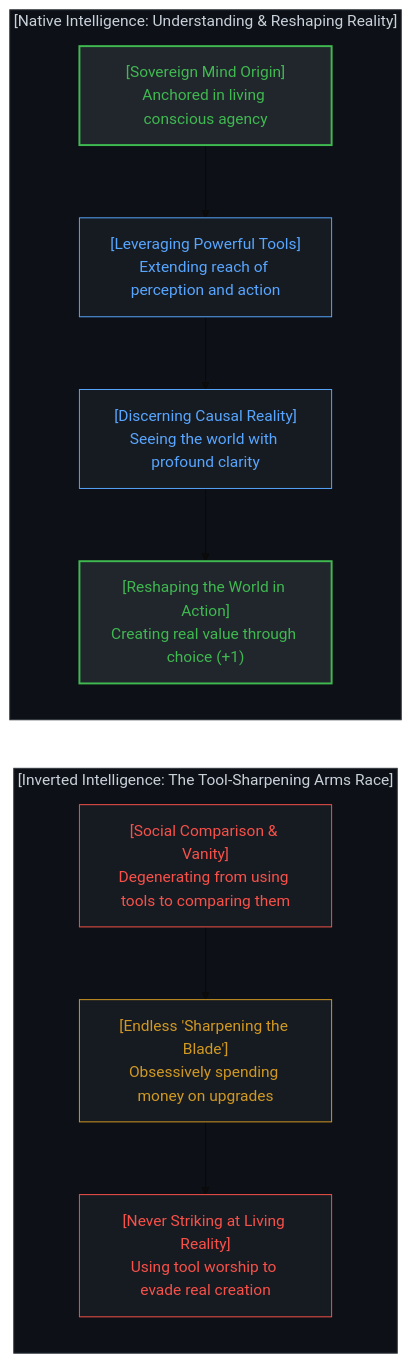
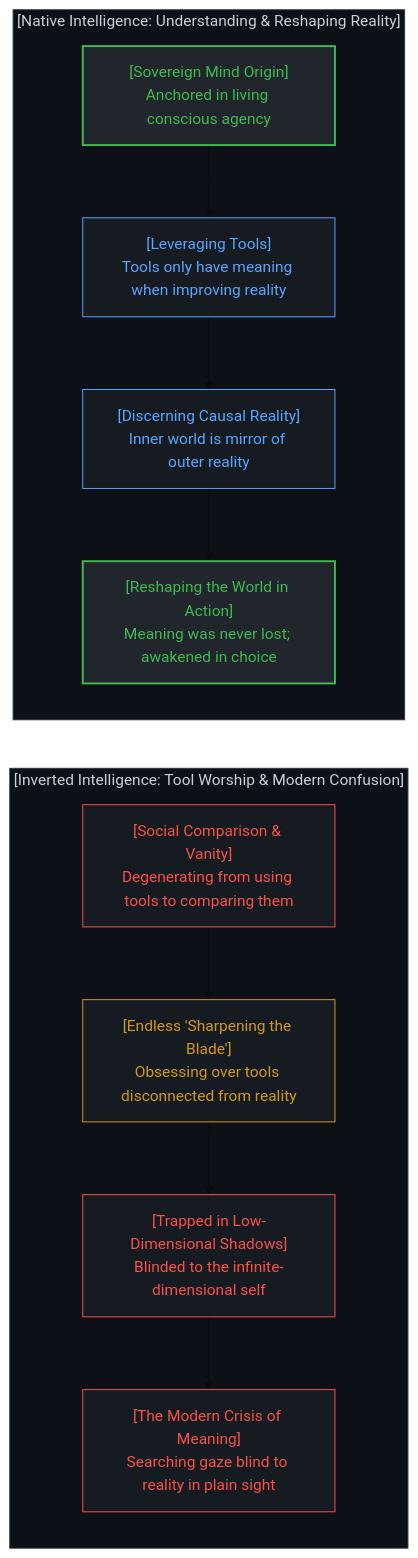
One commit to powerpig99/not-a-toe changed diagram 12 of 16 in content/posts/the-dissolution-of-the-great-reversal.md. Above: the diagram before and after it, drawn with Mermaid (base theme). The commit also changed other lines of this file and 4 other files, not shown here.

Commit message:
Refine Post #314: clarify tool-reality link, existential meaning crisis, inner-outer mirror, and update prompts

````diff
--- a/content/posts/the-dissolution-of-the-great-reversal.md
+++ b/content/posts/the-dissolution-of-the-great-reversal.md
@@ -509,34 +511,37 @@
 ```mermaid
 graph TD
     subgraph NativeIntelligence["[Native Intelligence: Understanding & Reshaping Reality]"]
         direction TB
         SovereignMind["[Sovereign Mind Origin]<br>Anchored in living conscious agency"]
-        LeverageTools["[Leveraging Powerful Tools]<br>Extending reach of perception and action"]
-        DeepClarity["[Discerning Causal Reality]<br>Seeing the world with profound clarity"]
-        ReshapeReality["[Reshaping the World in Action]<br>Creating real value through choice (+1)"]
+        LeverageTools["[Leveraging Tools]<br>Tools only have meaning when improving reality"]
+        DeepClarity["[Discerning Causal Reality]<br>Inner world is mirror of outer reality"]
+        ReshapeReality["[Reshaping the World in Action]<br>Meaning was never lost; awakened in choice"]
         SovereignMind --> LeverageTools
         LeverageTools --> DeepClarity
         DeepClarity --> ReshapeReality
     end
 
-    subgraph ToolSharpeningTrap["[Inverted Intelligence: The Tool-Sharpening Arms Race]"]
+    subgraph ToolSharpeningTrap["[Inverted Intelligence: Tool Worship & Modern Confusion]"]
         direction TB
         StatusComparison["[Social Comparison & Vanity]<br>Degenerating from using tools to comparing them"]
-        InfinitePolishing["[Endless 'Sharpening the Blade']<br>Obsessively spending money on upgrades"]
-        ZeroCausalAction["[Never Striking at Living Reality]<br>Using tool worship to evade real creation"]
+        InfinitePolishing["[Endless 'Sharpening the Blade']<br>Obsessing over tools disconnected from reality"]
+        LowDimProjection["[Trapped in Low-Dimensional Shadows]<br>Blinded to the infinite-dimensional self"]
+        ExistentialLost["[The Modern Crisis of Meaning]<br>Searching gaze blind to reality in plain sight"]
         StatusComparison --> InfinitePolishing
-        InfinitePolishing --> ZeroCausalAction
+        InfinitePolishing --> LowDimProjection
+        LowDimProjection --> ExistentialLost
     end
 
     ReshapeReality ~~~ StatusComparison
 
     style NativeIntelligence fill:#0d1117,stroke:#30363d,stroke-width:1px,color:#c9d1d9
     style SovereignMind fill:#21262d,stroke:#3fb950,stroke-width:2px,color:#3fb950
     style LeverageTools fill:#161b22,stroke:#58a6ff,stroke-width:1px,color:#58a6ff
     style DeepClarity fill:#161b22,stroke:#58a6ff,stroke-width:1px,color:#58a6ff
     style ReshapeReality fill:#21262d,stroke:#3fb950,stroke-width:2px,color:#3fb950
     style ToolSharpeningTrap fill:#0d1117,stroke:#30363d,stroke-width:1px,color:#c9d1d9
     style StatusComparison fill:#161b22,stroke:#f85149,stroke-width:1px,color:#f85149
     style InfinitePolishing fill:#161b22,stroke:#d29922,stroke-width:1px,color:#d29922
-    style ZeroCausalAction fill:#161b22,stroke:#f85149,stroke-width:1px,color:#f85149
+    style LowDimProjection fill:#161b22,stroke:#f85149,stroke-width:1px,color:#f85149
+    style ExistentialLost fill:#161b22,stroke:#f85149,stroke-width:1px,color:#f85149
 ```
````
